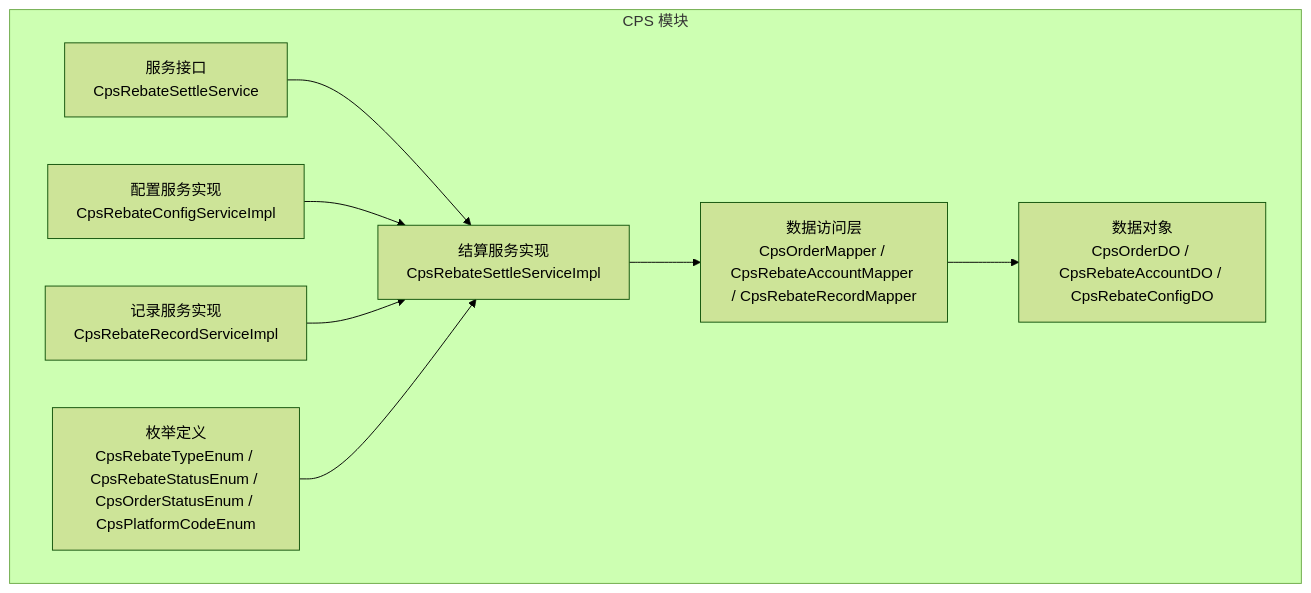
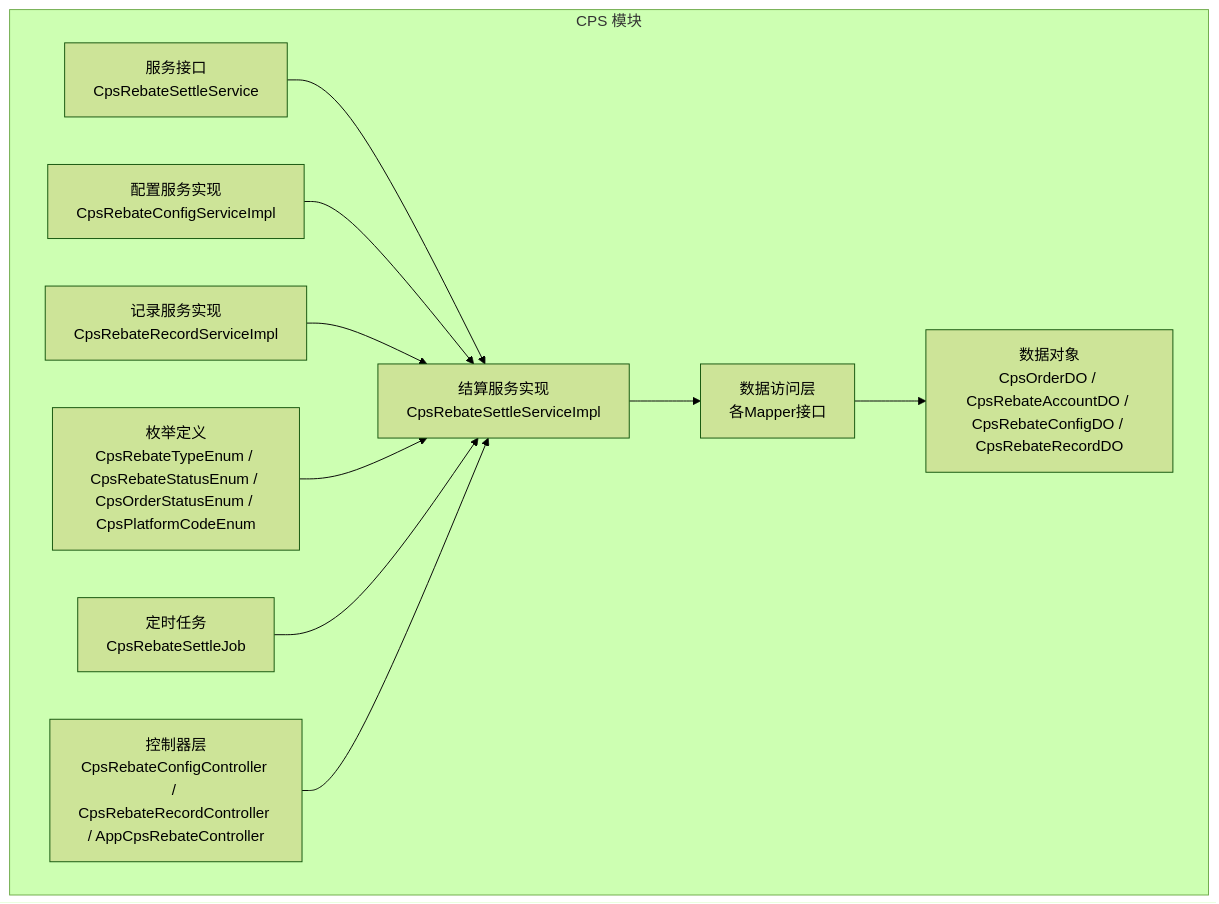
The first of 8 diagrams in .qoder/repowiki/zh/content/后端服务架构/业务模块概览/CPS业务模块/返利计算系统.md (zhuangpengLI/AgenticCPS), drawn with Mermaid (forest theme) before and after one commit. The commit also changed other lines of this file and 42 other files, not shown here.

````diff
--- a/.qoder/repowiki/zh/content/后端服务架构/业务模块概览/CPS业务模块/返利计算系统.md
+++ b/.qoder/repowiki/zh/content/后端服务架构/业务模块概览/CPS业务模块/返利计算系统.md
@@ -40,18 +43,22 @@
 ```mermaid
 graph TB
 subgraph "CPS 模块"
 A["服务接口<br/>CpsRebateSettleService"]
 B["结算服务实现<br/>CpsRebateSettleServiceImpl"]
 C["配置服务实现<br/>CpsRebateConfigServiceImpl"]
 D["记录服务实现<br/>CpsRebateRecordServiceImpl"]
-E["数据对象<br/>CpsOrderDO / CpsRebateAccountDO / CpsRebateConfigDO"]
-F["数据访问层<br/>CpsOrderMapper / CpsRebateAccountMapper / CpsRebateRecordMapper"]
+E["数据对象<br/>CpsOrderDO / CpsRebateAccountDO / CpsRebateConfigDO / CpsRebateRecordDO"]
+F["数据访问层<br/>各Mapper接口"]
 G["枚举定义<br/>CpsRebateTypeEnum / CpsRebateStatusEnum / CpsOrderStatusEnum / CpsPlatformCodeEnum"]
+H["定时任务<br/>CpsRebateSettleJob"]
+I["控制器层<br/>CpsRebateConfigController / CpsRebateRecordController / AppCpsRebateController"]
 end
 A --> B
 C --> B
 D --> B
 B --> F
 F --> E
 G --> B
+H --> B
+I --> B
 ```
````
